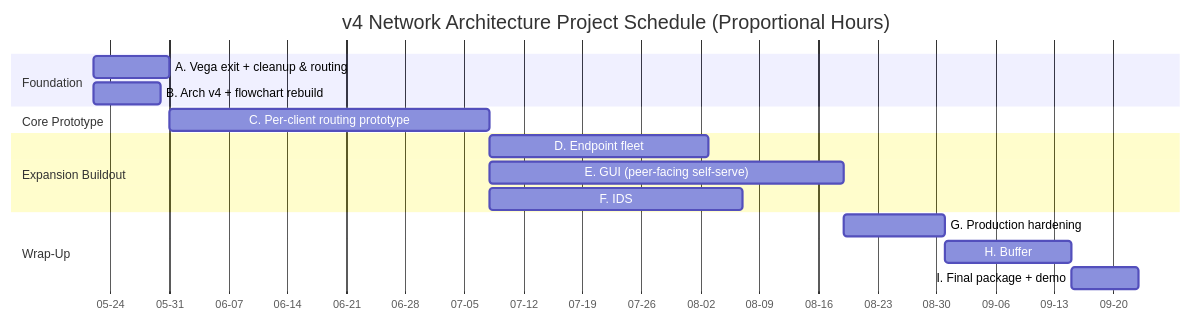
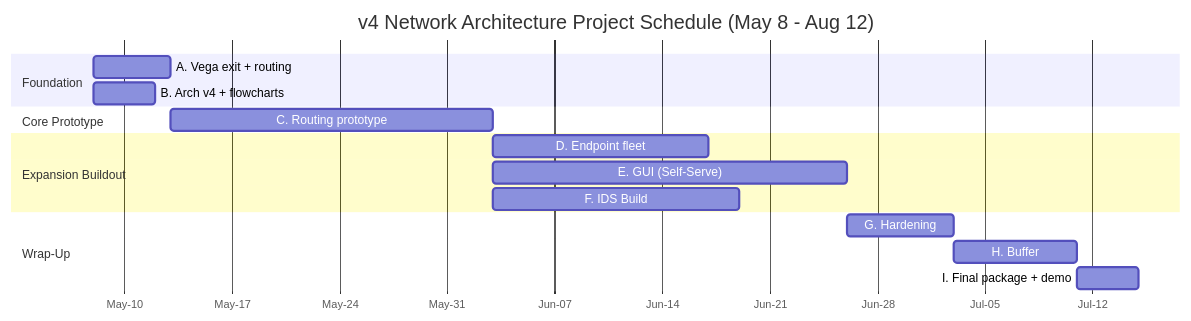
Before and after one commit to willcode4jobs/vpn-pi: the diagram in docs/gannt/pert/gannt_chart.md, drawn with Mermaid.

Commit message:
chore: fixed gannt and pert charts

````diff
--- a/docs/gannt/pert/gannt_chart.md
+++ b/docs/gannt/pert/gannt_chart.md
@@ -1,23 +1,24 @@
 ```mermaid
 gantt
-    title v4 Network Architecture Project Schedule (Proportional Hours)
+    title v4 Network Architecture Project Schedule (May 8 - Aug 12)
     dateFormat  YYYY-MM-DD
-    axisFormat  %m-%d
+    axisFormat  %b-%d
+    todayMarker off
     
     section Foundation
-    A. Vega exit + cleanup & routing    :a, 2026-05-22, 9d
-    B. Arch v4 + flowchart rebuild      :b, 2026-05-22, 8d
+    A. Vega exit + routing      :a, 2026-05-08, 5d
+    B. Arch v4 + flowcharts     :b, 2026-05-08, 4d
     
     section Core Prototype
-    C. Per-client routing prototype     :c, after a, 38d
+    C. Routing prototype        :c, after a, 21d
     
     section Expansion Buildout
-    D. Endpoint fleet                   :d, after c, 26d
-    E. GUI (peer-facing self-serve)     :e, after c, 42d
-    F. IDS                              :f, after c, 30d
+    D. Endpoint fleet           :d, after c, 14d
+    E. GUI (Self-Serve)         :e, after c, 23d
+    F. IDS Build                :f, after c, 16d
     
     section Wrap-Up
-    G. Production hardening             :g, after e, 12d
-    H. Buffer                           :h, after g, 15d
-    I. Final package + demo             :i, after h, 8d
+    G. Hardening                :g, after e, 7d
+    H. Buffer                   :h, after g, 8d
+    I. Final package + demo     :i, after h, 4d
 ```
````
